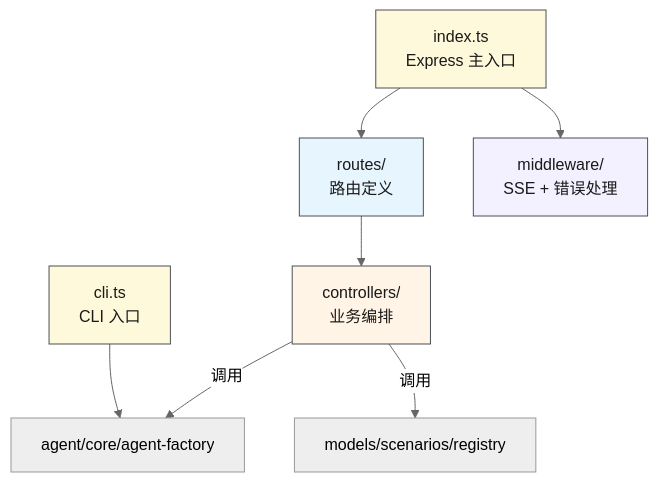
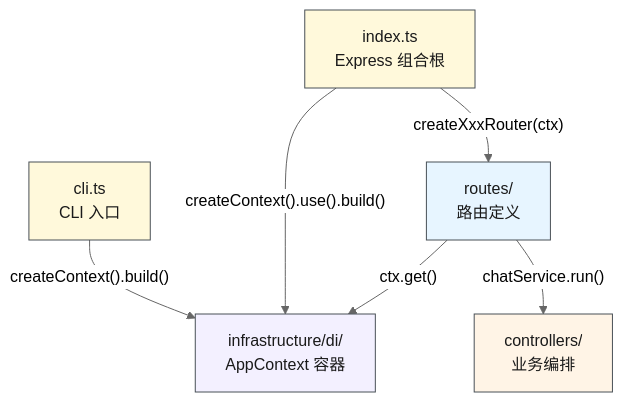
The first of 3 diagrams in src/controllers/server/CLAUDE.md (yjzaaa/leave-approval-agent), drawn with Mermaid (neutral theme) before and after one commit. The commit also changed other lines of this file and 2 other files, not shown here.

Commit message:
chore: 清理废弃 middleware + 更新 CLAUDE.md 反映 DI 架构

````diff
--- a/src/controllers/server/CLAUDE.md
+++ b/src/controllers/server/CLAUDE.md
@@ -32,22 +30,20 @@
 ```mermaid
 graph TD
-    Index["index.ts<br/>Express 主入口"]
+    Index["index.ts<br/>Express 组合根"]
     CLI["cli.ts<br/>CLI 入口"]
     Routes["routes/<br/>路由定义"]
-    Middleware["middleware/<br/>SSE + 错误处理"]
     Controllers["controllers/<br/>业务编排"]
+    DIContainer["infrastructure/di/<br/>AppContext 容器"]
 
-    Index --> Routes
-    Index --> Middleware
-    Routes --> Controllers
-    Controllers -->|"调用"| AgentFactory["agent/core/agent-factory"]
-    Controllers -->|"调用"| Registry["models/scenarios/registry"]
-
-    CLI --> AgentFactory
+    Index -->|"createContext().use().build()"| DIContainer
+    Index -->|"createXxxRouter(ctx)"| Routes
+    Routes -->|"ctx.get()"| DIContainer
+    Routes -->|"chatService.run()"| Controllers
+    CLI -->|"createContext().build()"| DIContainer
 
     style Index fill:#fff9db,stroke:#495057,color:#1a1a1a
     style CLI fill:#fff9db,stroke:#495057,color:#1a1a1a
     style Routes fill:#e7f5ff,stroke:#495057,color:#1a1a1a
-    style Middleware fill:#f3f0ff,stroke:#495057,color:#1a1a1a
     style Controllers fill:#fff4e6,stroke:#495057,color:#1a1a1a
+    style DIContainer fill:#f3f0ff,stroke:#495057,color:#1a1a1a
 ```
````
